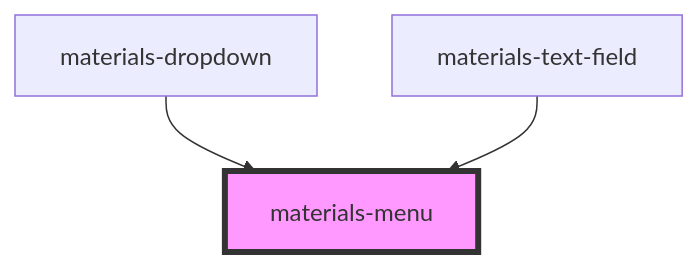
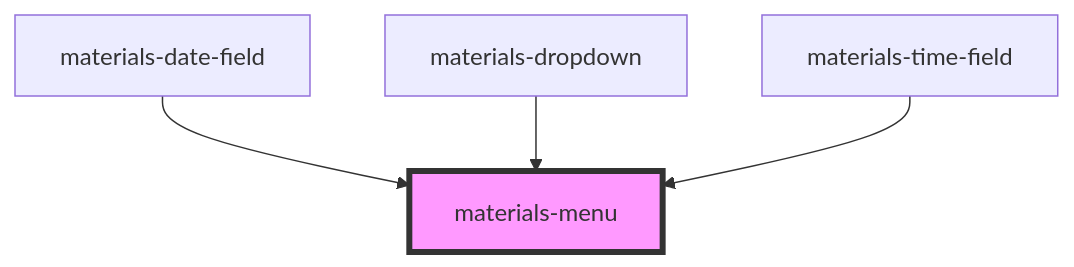
The diagram in packages/materials/src/components/menu/readme.md (GMV-centravet/materials-elements), drawn with Mermaid before and after one commit. The commit also changed other lines of this file and 22 other files, not shown here.

````diff
--- a/packages/materials/src/components/menu/readme.md
+++ b/packages/materials/src/components/menu/readme.md
@@ -76,6 +78,7 @@
 ```mermaid
 graph TD;
+  materials-date-field --> materials-menu
   materials-dropdown --> materials-menu
-  materials-text-field --> materials-menu
+  materials-time-field --> materials-menu
   style materials-menu fill:#f9f,stroke:#333,stroke-width:4px
 ```
````
